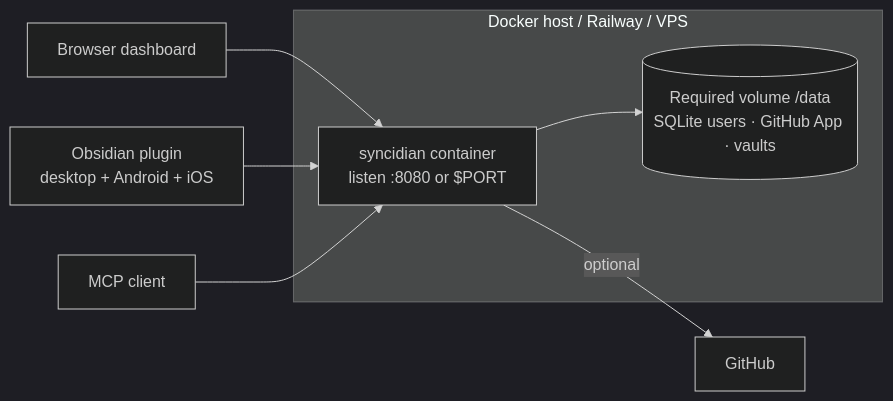
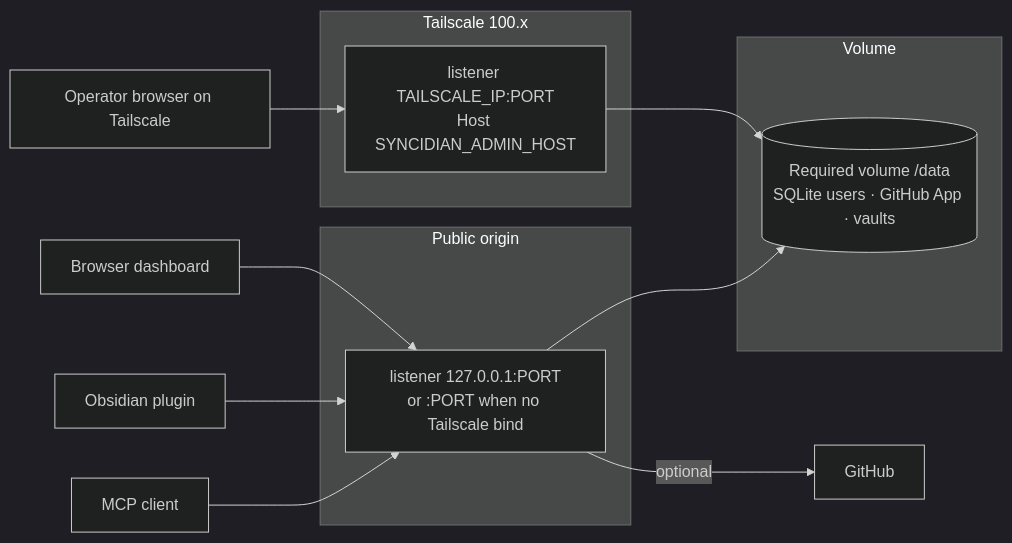
One commit to shangeethsivan/Syncidian changed diagram 13 of 13 in docs/architecture.md. Above: the diagram before and after it, drawn with Mermaid (dark theme). The commit also changed other lines of this file and 19 other files, not shown here.

First line of the commit message:
Hide admin.syncidian.com on Tailscale and stop binding 0.0.0.0.

````diff
--- a/docs/architecture.md
+++ b/docs/architecture.md
@@ -517,13 +517,20 @@
 ```mermaid
 flowchart LR
-  subgraph host [Docker host / Railway / VPS]
-    C["syncidian container<br/>listen :8080 or $PORT"]
+  subgraph public [Public origin]
+    Cpub["listener 127.0.0.1:PORT<br/>or :PORT when no Tailscale bind"]
+  end
+  subgraph mesh [Tailscale 100.x]
+    Cpriv["listener TAILSCALE_IP:PORT<br/>Host SYNCIDIAN_ADMIN_HOST"]
+  end
+  subgraph data [Volume]
     V[("Required volume /data<br/>SQLite users · GitHub App · vaults")]
-    C --> V
   end
 
-  Browser["Browser dashboard"] --> C
-  Plugin["Obsidian plugin<br/>desktop + Android + iOS"] --> C
-  MCP["MCP client"] --> C
-  C -->|"optional"| GH["GitHub"]
+  Browser["Browser dashboard"] --> Cpub
+  Plugin["Obsidian plugin"] --> Cpub
+  MCP["MCP client"] --> Cpub
+  Ops["Operator browser on Tailscale"] --> Cpriv
+  Cpub --> V
+  Cpriv --> V
+  Cpub -->|"optional"| GH["GitHub"]
 ```
````
